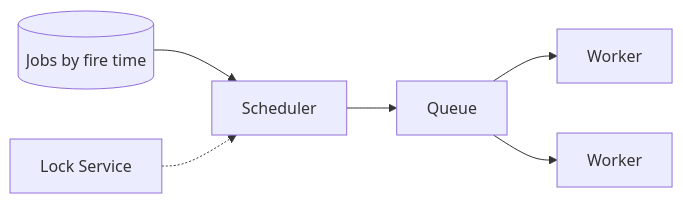
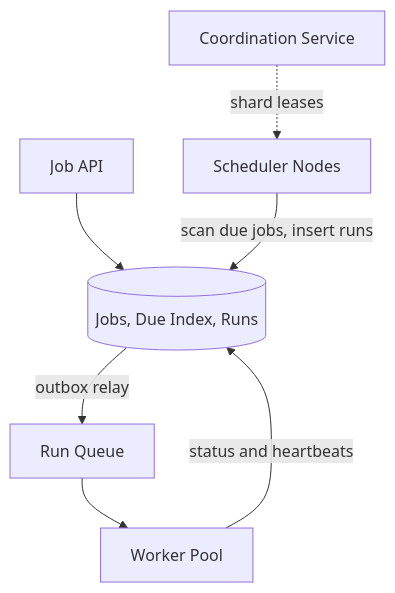
One commit to design-gurus/grokking-system-design changed the first of 2 diagrams in questions/design-distributed-job-scheduler.md. Above: the diagram before and after it, drawn with Mermaid. The commit also changed other lines of this file and 19 other files, not shown here.

````diff
--- a/questions/design-distributed-job-scheduler.md
+++ b/questions/design-distributed-job-scheduler.md
@@ -21,8 +82,9 @@
 ```mermaid
-flowchart LR
-    Store[(Jobs by fire time)] --> Sched[Scheduler]
-    Sched --> Q[Queue]
-    Q --> W1[Worker]
-    Q --> W2[Worker]
-    Lock[Lock Service] -.-> Sched
+flowchart TD
+    API[Job API] --> DB[("Jobs, Due Index, Runs")]
+    ZK[Coordination Service] -.->|shard leases| SCH[Scheduler Nodes]
+    SCH -->|scan due jobs, insert runs| DB
+    DB -->|outbox relay| Q[Run Queue]
+    Q --> W1[Worker Pool]
+    W1 -->|status and heartbeats| DB
 ```
````
